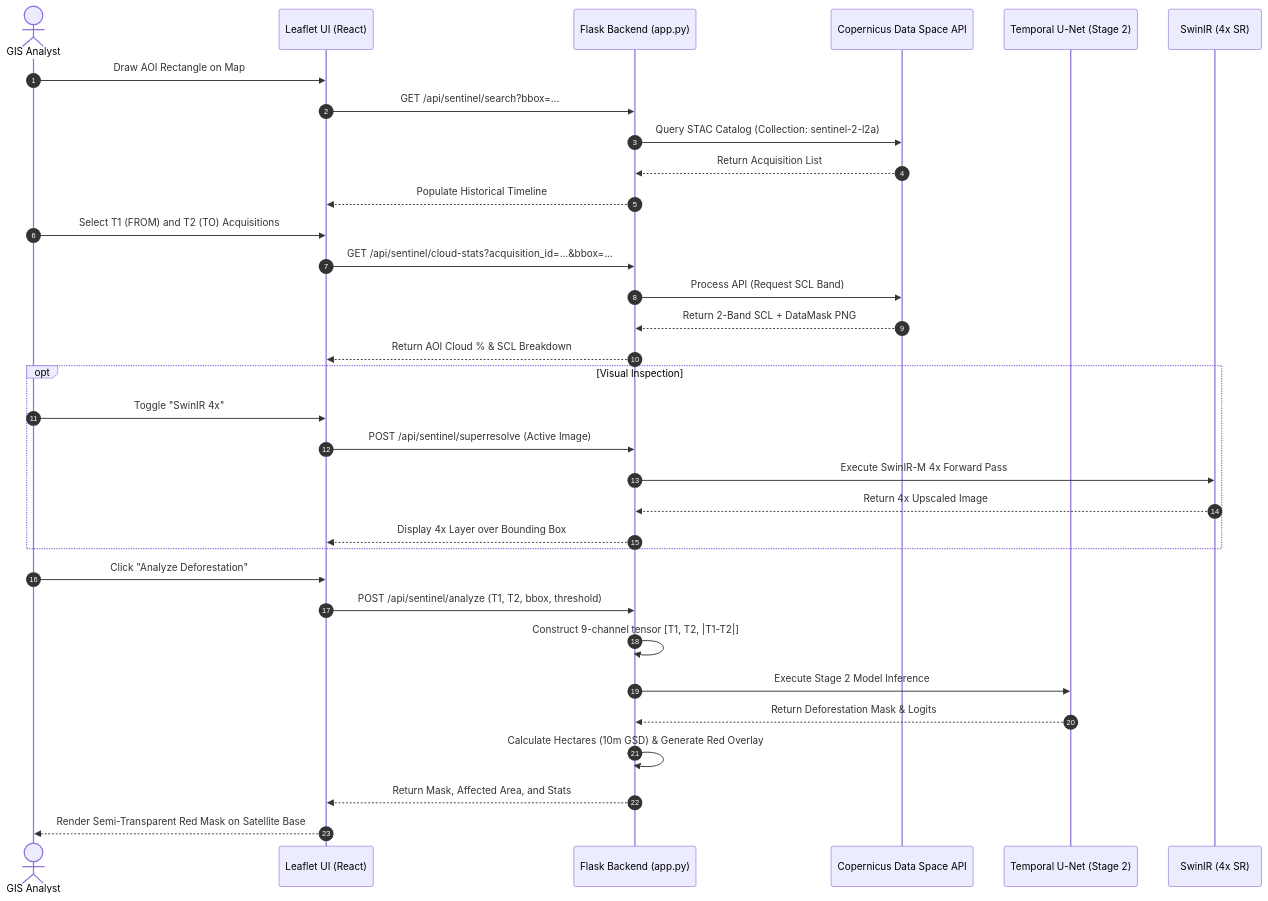
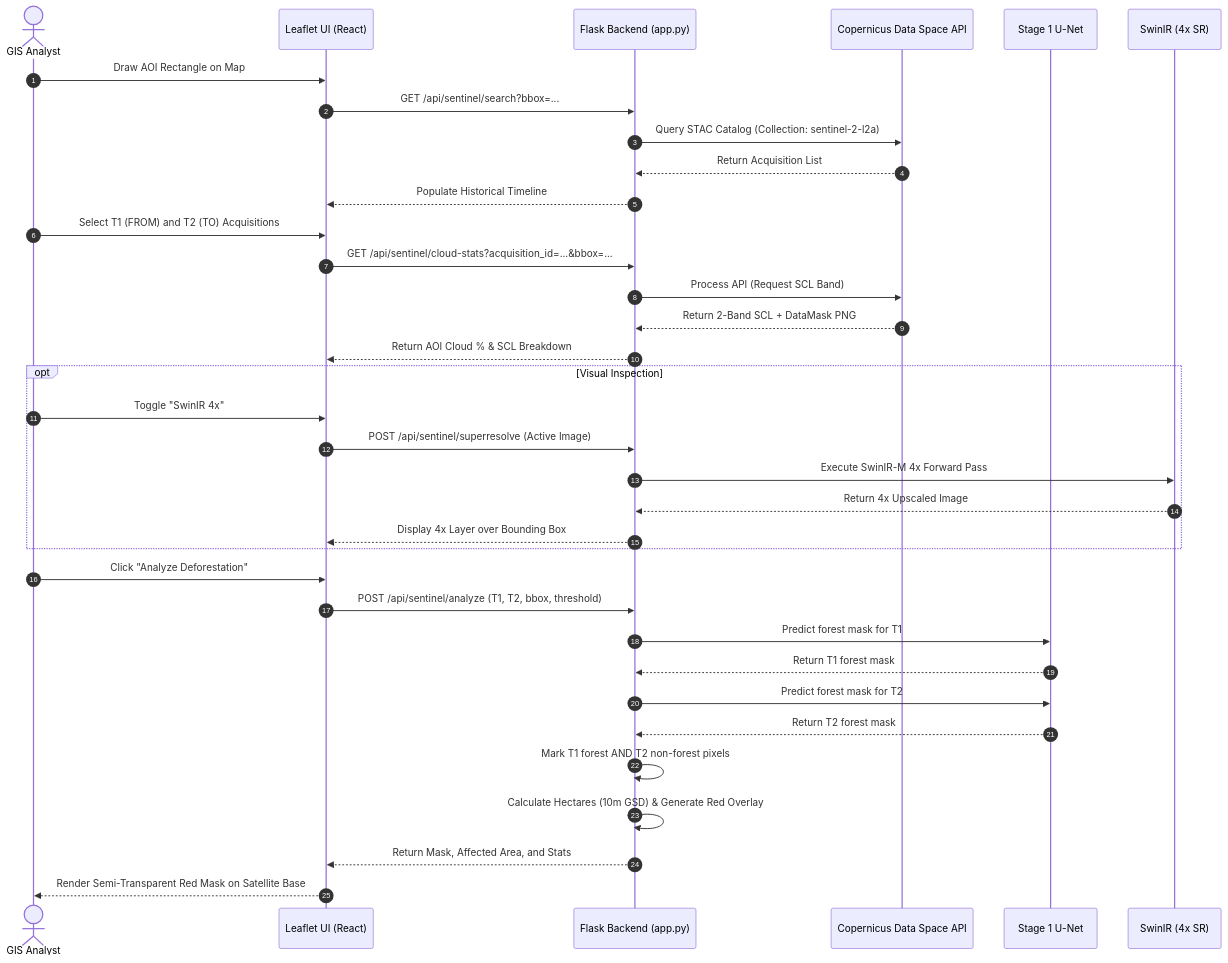
The second of 2 diagrams in README.md (preetham1das/mini_project_preetham), drawn with Mermaid before and after one commit. The commit also changed other lines of this file and 14 other files, not shown here.

````diff
--- a/README.md
+++ b/README.md
@@ -112,39 +111,41 @@
 ```mermaid
 sequenceDiagram
     autonumber
     actor User as GIS Analyst
     participant Map as Leaflet UI (React)
     participant Server as Flask Backend (app.py)
     participant CDSE as Copernicus Data Space API
-    participant Model as Temporal U-Net (Stage 2)
+    participant Model as Stage 1 U-Net
     participant Swin as SwinIR (4x SR)
 
     User->>Map: Draw AOI Rectangle on Map
     Map->>Server: GET /api/sentinel/search?bbox=...
     Server->>CDSE: Query STAC Catalog (Collection: sentinel-2-l2a)
     CDSE-->>Server: Return Acquisition List
     Server-->>Map: Populate Historical Timeline
 
     User->>Map: Select T1 (FROM) and T2 (TO) Acquisitions
     Map->>Server: GET /api/sentinel/cloud-stats?acquisition_id=...&bbox=...
     Server->>CDSE: Process API (Request SCL Band)
     CDSE-->>Server: Return 2-Band SCL + DataMask PNG
     Server-->>Map: Return AOI Cloud % & SCL Breakdown
 
     opt Visual Inspection
         User->>Map: Toggle "SwinIR 4x"
         Map->>Server: POST /api/sentinel/superresolve (Active Image)
         Server->>Swin: Execute SwinIR-M 4x Forward Pass
         Swin-->>Server: Return 4x Upscaled Image
         Server-->>Map: Display 4x Layer over Bounding Box
     end
 
     User->>Map: Click "Analyze Deforestation"
     Map->>Server: POST /api/sentinel/analyze (T1, T2, bbox, threshold)
-    Server->>Server: Construct 9-channel tensor [T1, T2, |T1-T2|]
-    Server->>Model: Execute Stage 2 Model Inference
-    Model-->>Server: Return Deforestation Mask & Logits
+    Server->>Model: Predict forest mask for T1
+    Model-->>Server: Return T1 forest mask
+    Server->>Model: Predict forest mask for T2
+    Model-->>Server: Return T2 forest mask
+    Server->>Server: Mark T1 forest AND T2 non-forest pixels
     Server->>Server: Calculate Hectares (10m GSD) & Generate Red Overlay
     Server-->>Map: Return Mask, Affected Area, and Stats
     Map-->>User: Render Semi-Transparent Red Mask on Satellite Base
 ```
````
